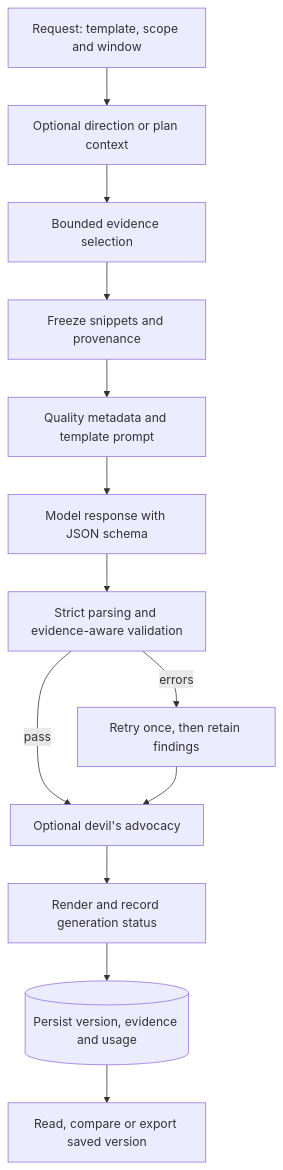
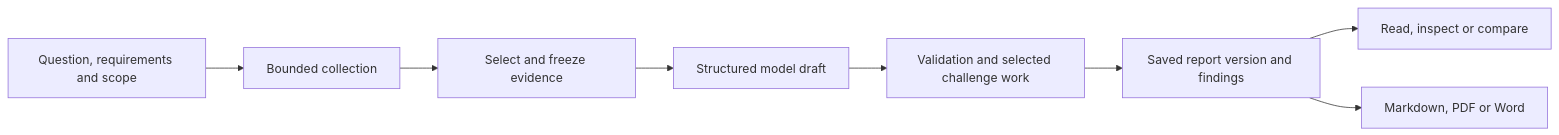
One commit to ShabalalaWATP/AllSeeingEye changed the diagram in docs/03_DOCTRINE_AND_REPORTING.md. Above: the diagram before and after it, drawn with Mermaid. The commit also changed other lines of this file and 25 other files, not shown here.

Commit message:
docs: explain current app workflows architecture and setup (#37)

````diff
--- a/docs/03_DOCTRINE_AND_REPORTING.md
+++ b/docs/03_DOCTRINE_AND_REPORTING.md
@@ -183,15 +114,10 @@
 ```mermaid
-flowchart TD
-  Q[Request: template, scope and window] --> D[Optional direction or plan context]
-  D --> S[Bounded evidence selection]
-  S --> F[Freeze snippets and provenance]
-  F --> P[Quality metadata and template prompt]
-  P --> L[Model response with JSON schema]
-  L --> V[Strict parsing and evidence-aware validation]
-  V -->|errors| R[Retry once, then retain findings]
-  V -->|pass| A[Optional devil's advocacy]
-  R --> A
-  A --> M[Render and record generation status]
-  M --> B[(Persist version, evidence and usage)]
-  B --> E[Read, compare or export saved version]
+flowchart LR
+    Scope[Question, requirements and scope] --> Collect[Bounded collection]
+    Collect --> Evidence[Select and freeze evidence]
+    Evidence --> Draft[Structured model draft]
+    Draft --> Check[Validation and selected challenge work]
+    Check --> Version[Saved report version and findings]
+    Version --> Reader[Read, inspect or compare]
+    Version --> Export[Markdown, PDF or Word]
 ```
````
